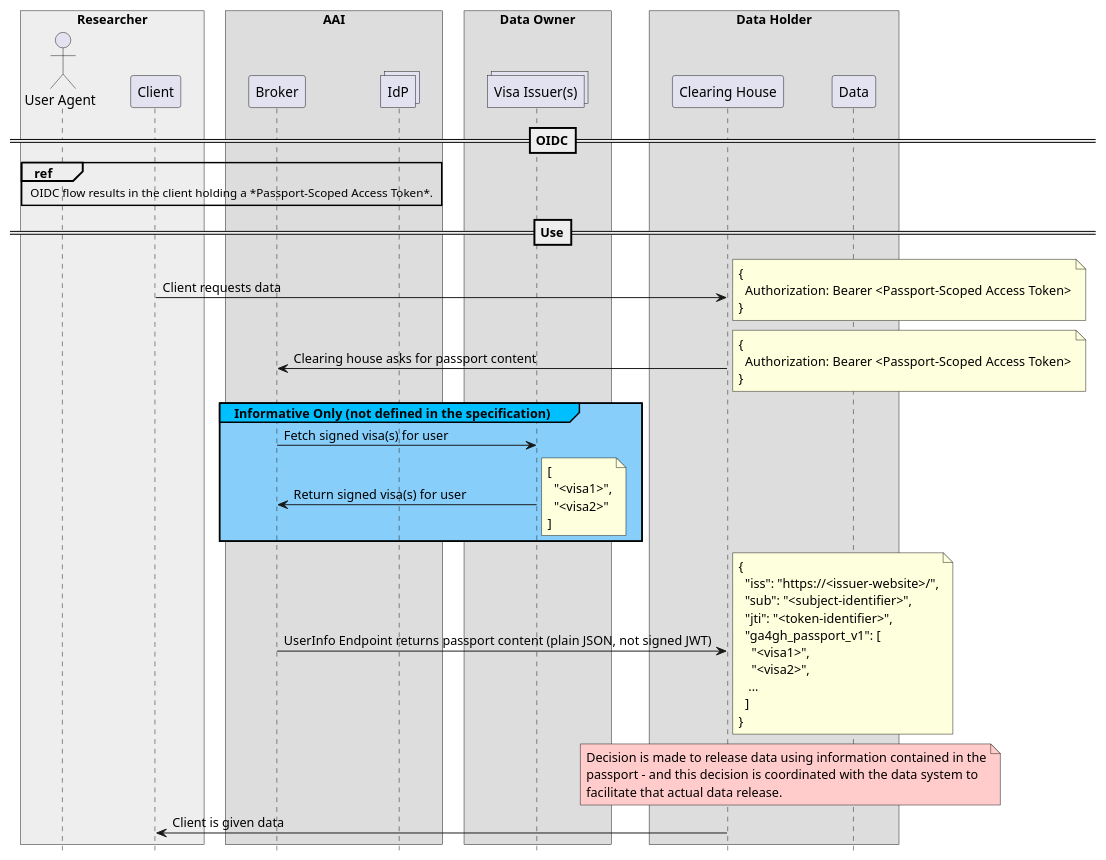
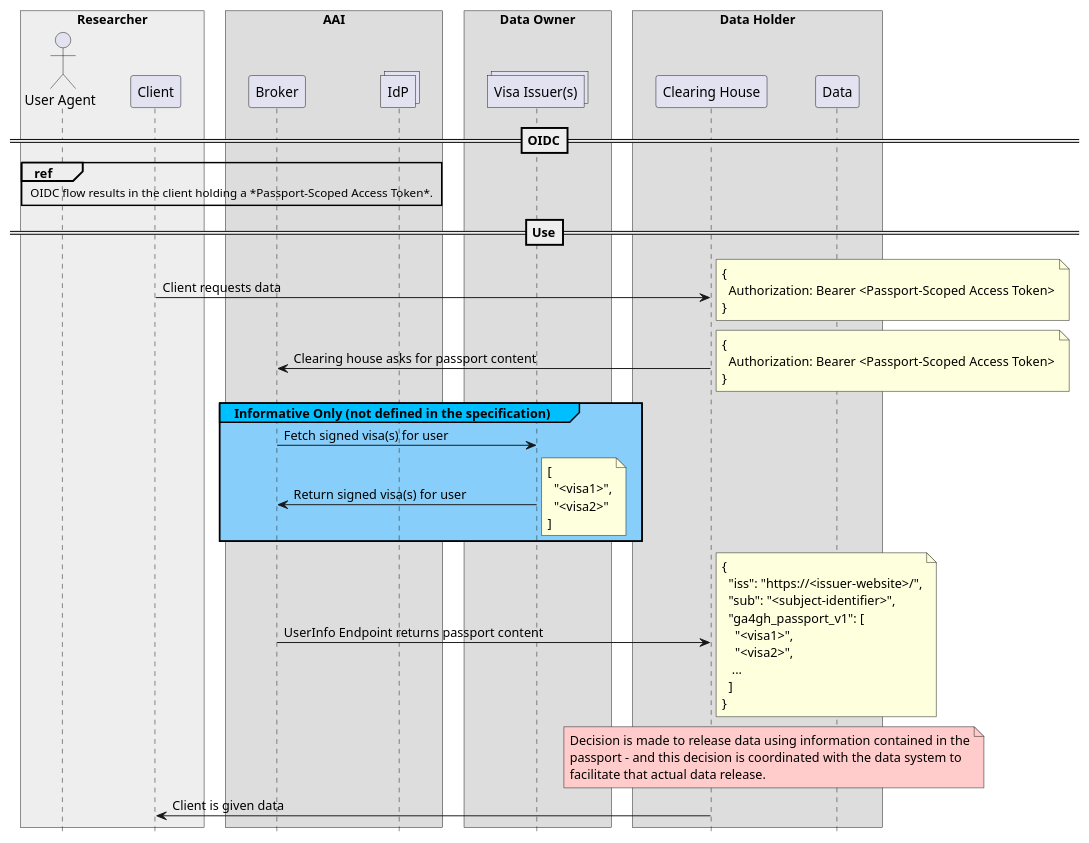
The first of 2 diagrams in AAI/FAQ.md (ga4gh/data-security), drawn with PlantUML before and after one commit. The commit also changed other lines of this file, not shown here.

```diff
--- a/AAI/FAQ.md
+++ b/AAI/FAQ.md
@@ -25,83 +25,82 @@
 {% plantuml %}
 
 hide footbox
 skinparam BoxPadding 10
 skinparam ParticipantPadding 20
 
 box "Researcher"  #eee
 actor       "User Agent"                as user
 participant Client                      as client
 end box
 
 box "AAI"
 participant Broker                      as broker
 collections "IdP"                       as idps
 end box
 
 box "Data Owner"
 collections "Visa Issuer(s)"            as issuers
 end box
 
 box "Data Holder"
 participant "Clearing House"            as clearing
 participant "Data"                      as data
 end box
 
 ==OIDC==
 
 ref over user, client, broker, idps
 OIDC flow results in the client holding a *Passport-Scoped Access Token*.
 end ref
 
 ==Use==
 
 client -> clearing : Client requests data
 note right
 {
   Authorization: Bearer <Passport-Scoped Access Token>
 }
 end note
 
 clearing -> broker : Clearing house asks for passport content
 note right
 {
   Authorization: Bearer <Passport-Scoped Access Token>
 }
 end note
 
 group#DeepSkyBlue #LightSkyBlue Informative Only (not defined in the specification)
 broker -> issuers : Fetch signed visa(s) for user
 broker <- issuers : Return signed visa(s) for user
 note right
 [
   "<visa1>",
   "<visa2>"
 ]
 end note
 end
 
-clearing <- broker : UserInfo Endpoint returns passport content (plain JSON, not signed JWT)
+clearing <- broker : UserInfo Endpoint returns passport content
 note right
 {
   "iss": "https://<issuer-website>/",
   "sub": "<subject-identifier>",
-  "jti": "<token-identifier>",
   "ga4gh_passport_v1": [
     "<visa1>",
     "<visa2>",
    ...
   ]
 }
 end note
 
 
 note over clearing, data  #FFCCCB
 Decision is made to release data using information contained in the
 passport - and this decision is coordinated with the data system to
 facilitate that actual data release.
 end note
 
 client <- clearing : Client is given data
 
 
 {% endplantuml %}
```
